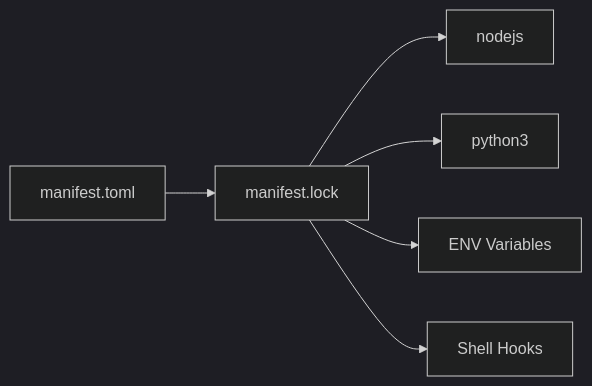
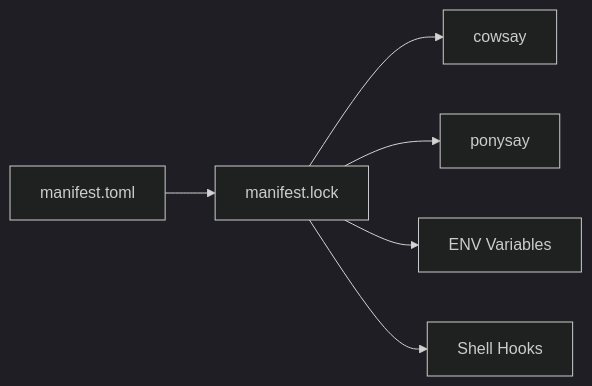
One commit to jbayer/flox-concepts changed the second of 6 diagrams in flox.md. Above: the diagram before and after it, drawn with Mermaid (dark theme). The commit also changed other lines of this file, not shown here.

Commit message:
Update package names in flox.md documentation

````diff
--- a/flox.md
+++ b/flox.md
@@ -47,8 +47,8 @@
 ```mermaid
 flowchart LR
     T[manifest.toml] --> M[manifest.lock]
-    M --> P1[nodejs]
-    M --> P2[python3]
+    M --> P1[cowsay]
+    M --> P2[ponysay]
     M --> V[ENV Variables]
     M --> H[Shell Hooks]
 ```
````
